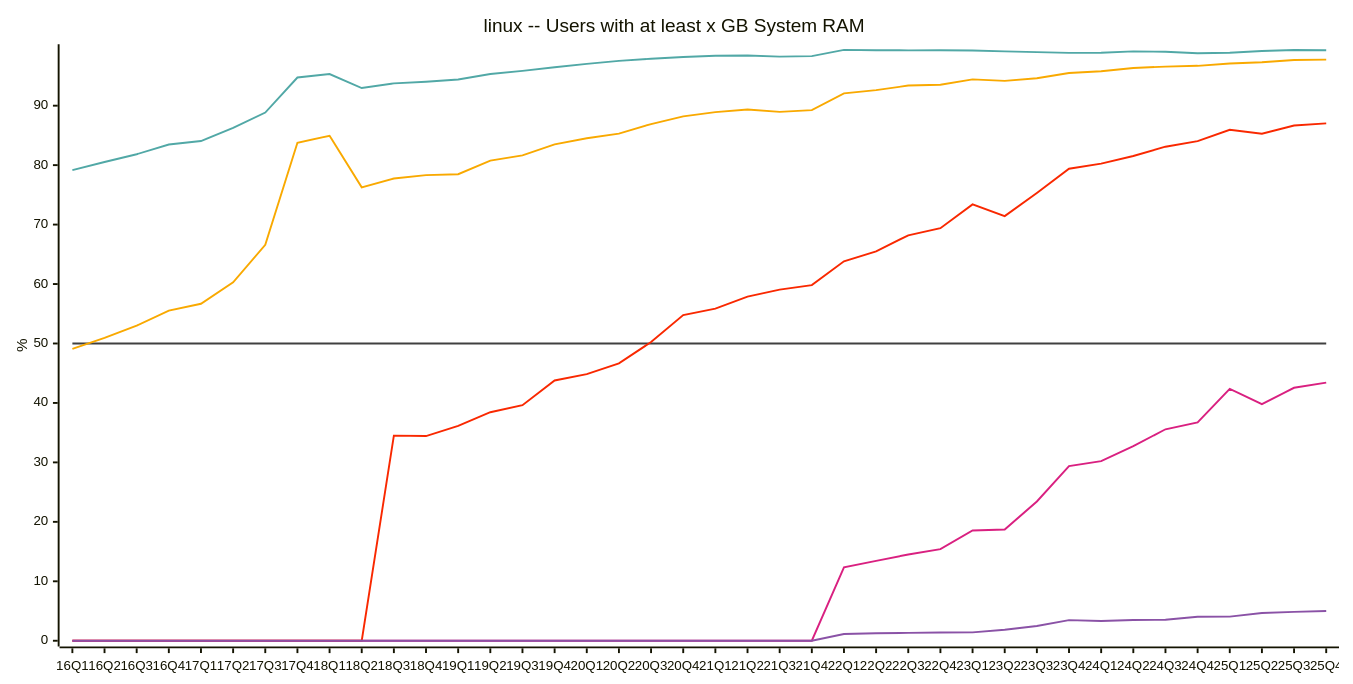
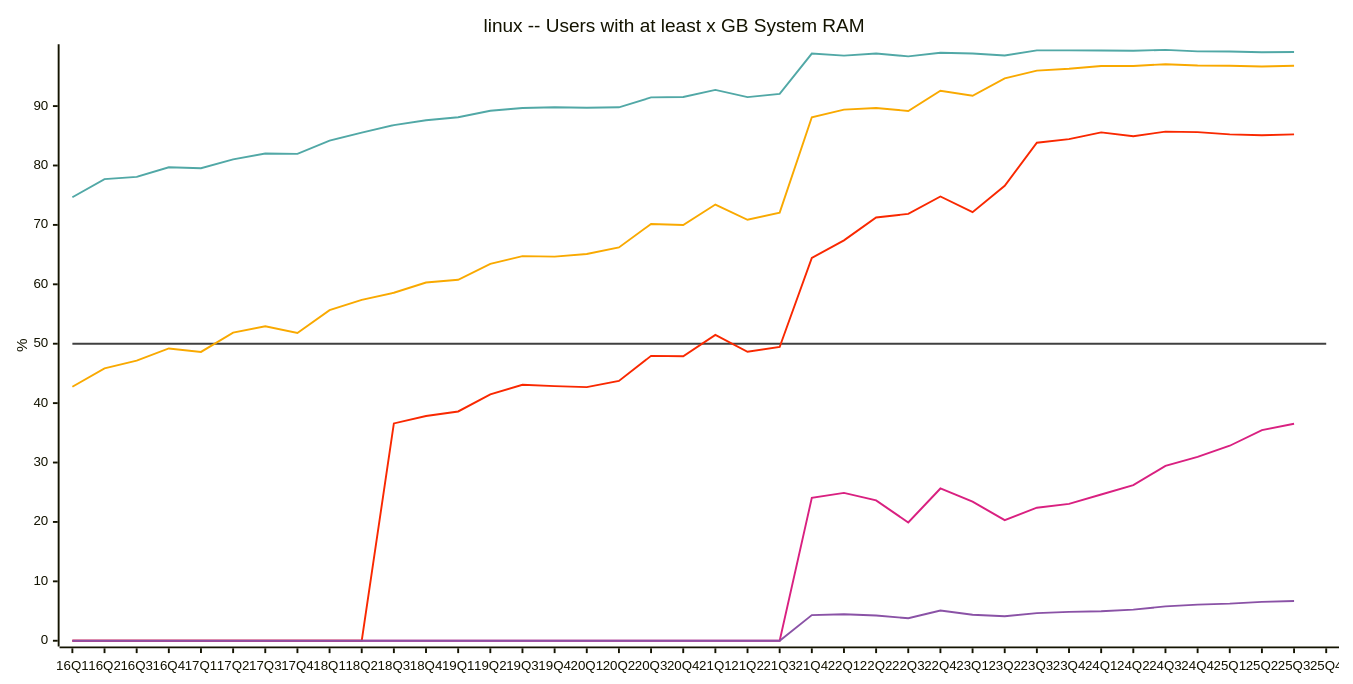
Diagram 27 of 28 in README.md (jdegene/steamHWsurvey), drawn with Mermaid before and after one commit. The commit also changed other lines of this file and 1 other file, not shown here.

````diff
--- a/README.md
+++ b/README.md
@@ -864,24 +865,24 @@
 ```mermaid
 ---
     config:
         xyChart:
             width: 1400
             height: 700
             
         themeVariables:
             xyChart:
                 plotColorPalette: "#404040,#51a8a6,#f9a900,#f92800,#d92080,#8a52a6"
 
 --- 
     
     xychart-beta
         title "linux -- Users with at least x GB System RAM"
         x-axis [16Q1, 16Q2, 16Q3, 16Q4, 17Q1, 17Q2, 17Q3, 17Q4, 18Q1, 18Q2, 18Q3, 18Q4, 19Q1, 19Q2, 19Q3, 19Q4, 20Q1, 20Q2, 20Q3, 20Q4, 21Q1, 21Q2, 21Q3, 21Q4, 22Q1, 22Q2, 22Q3, 22Q4, 23Q1, 23Q2, 23Q3, 23Q4, 24Q1, 24Q2, 24Q3, 24Q4, 25Q1, 25Q2, 25Q3, 25Q4]
     y-axis "%" 
  line [50, 50, 50, 50, 50, 50, 50, 50, 50, 50, 50, 50, 50, 50, 50, 50, 50, 50, 50, 50, 50, 50, 50, 50, 50, 50, 50, 50, 50, 50, 50, 50, 50, 50, 50, 50, 50, 50, 50, 50]
-    line [79.15666666666667, 80.52666666666667, 81.83333333333334, 83.46333333333334, 84.05, 86.25666666666666, 88.83666666666667, 94.74000000000001, 95.32333333333332, 92.97333333333334, 93.75, 94.03, 94.40666666666667, 95.33, 95.85333333333334, 96.47333333333333, 97.03666666666666, 97.53666666666666, 97.89666666666666, 98.18333333333334, 98.41000000000001, 98.45, 98.25, 98.33666666666666, 99.39, 99.33333333333333, 99.30666666666667, 99.32333333333332, 99.27, 99.14, 99.00333333333333, 98.87666666666668, 98.90333333333334, 99.13333333333333, 99.06333333333333, 98.81, 98.91, 99.20666666666666, 99.35333333333332, 99.33]
-    line [49.10333333333334, 50.95, 52.99, 55.52666666666667, 56.67666666666666, 60.29, 66.60333333333334, 83.76333333333334, 84.94999999999999, 76.26666666666667, 77.75666666666666, 78.32000000000001, 78.47, 80.76, 81.64333333333333, 83.49333333333333, 84.51333333333334, 85.29333333333332, 86.91, 88.2, 88.92000000000002, 89.35333333333334, 88.96333333333332, 89.25333333333333, 92.06666666666666, 92.61333333333333, 93.38333333333333, 93.51666666666667, 94.42666666666666, 94.17333333333335, 94.60666666666665, 95.49, 95.80000000000001, 96.33333333333333, 96.57666666666667, 96.70333333333333, 97.10000000000001, 97.31333333333333, 97.68333333333334, 97.74999999999999]
-    line [0, 0, 0, 0, 0, 0, 0, 0, 0, 0, 34.5, 34.43333333333333, 36.156666666666666, 38.43666666666667, 39.620000000000005, 43.78, 44.85333333333333, 46.65333333333333, 50.243333333333325, 54.78333333333333, 55.85, 57.89, 59.053333333333335, 59.82333333333333, 63.81666666666666, 65.49333333333334, 68.19999999999999, 69.39666666666668, 73.4, 71.42333333333333, 75.32, 79.39666666666666, 80.24999999999999, 81.53, 83.1, 84.03666666666668, 85.94, 85.27666666666667, 86.66, 87.02499999999999]
-    line [0, 0, 0, 0, 0, 0, 0, 0, 0, 0, 0, 0, 0, 0, 0, 0, 0, 0, 0, 0, 0, 0, 0, 0, 12.336666666666666, 13.426666666666668, 14.510000000000002, 15.413333333333332, 18.556666666666665, 18.700000000000003, 23.426666666666666, 29.386666666666667, 30.22333333333333, 32.72666666666667, 35.56999999999999, 36.73333333333333, 42.373333333333335, 39.796666666666674, 42.55, 43.42]
-    line [0, 0, 0, 0, 0, 0, 0, 0, 0, 0, 0, 0, 0, 0, 0, 0, 0, 0, 0, 0, 0, 0, 0, 0, 1.1266666666666667, 1.2533333333333334, 1.3166666666666667, 1.3866666666666667, 1.4066666666666667, 1.8399999999999999, 2.476666666666667, 3.47, 3.3299999999999996, 3.4799999999999995, 3.53, 4.046666666666667, 4.056666666666667, 4.673333333333333, 4.85, 5.01]
+    line [74.65, 77.71, 78.08666666666667, 79.70666666666666, 79.52999999999999, 81.03666666666668, 82.02000000000001, 81.96, 84.19333333333334, 85.52666666666667, 86.8, 87.61333333333333, 88.11333333333334, 89.21, 89.67, 89.8, 89.72, 89.79333333333334, 91.465, 91.525, 92.72500000000001, 91.50333333333333, 92.04999999999998, 98.84, 98.49, 98.85000000000001, 98.375, 98.96999999999998, 98.855, 98.51333333333334, 99.38, 99.38333333333334, 99.35333333333332, 99.31333333333333, 99.46666666666667, 99.20333333333332, 99.17666666666666, 99.07333333333334, 99.105]
+    line [42.76, 45.849999999999994, 47.14, 49.2, 48.62, 51.86000000000001, 52.93666666666667, 51.79999999999999, 55.64, 57.38666666666666, 58.57666666666667, 60.30000000000001, 60.763333333333335, 63.453333333333326, 64.74666666666667, 64.66333333333334, 65.095, 66.21333333333332, 70.16, 69.975, 73.42999999999999, 70.86, 72.07, 88.11, 89.4, 89.67333333333333, 89.17999999999999, 92.58, 91.735, 94.67333333333333, 95.97, 96.29333333333334, 96.74666666666667, 96.74333333333333, 97.05, 96.82333333333334, 96.79333333333334, 96.67333333333333, 96.79500000000002]
+    line [0, 0, 0, 0, 0, 0, 0, 0, 0, 0, 36.58, 37.830000000000005, 38.59666666666667, 41.473333333333336, 43.09, 42.85666666666667, 42.69, 43.73333333333333, 47.955000000000005, 47.9, 51.480000000000004, 48.64666666666667, 49.449999999999996, 64.44000000000001, 67.39999999999999, 71.24666666666667, 71.85999999999999, 74.79, 72.13499999999999, 76.57333333333334, 83.83, 84.44333333333333, 85.58, 84.92999999999999, 85.70333333333335, 85.61, 85.23666666666666, 85.08333333333334, 85.24499999999999]
+    line [0, 0, 0, 0, 0, 0, 0, 0, 0, 0, 0, 0, 0, 0, 0, 0, 0, 0, 0, 0, 0, 0, 0, 24.06, 24.89, 23.62, 19.905, 25.629999999999995, 23.425, 20.293333333333333, 22.39, 23.03666666666667, 24.616666666666664, 26.21, 29.446666666666665, 30.953333333333333, 32.82666666666667, 35.443333333333335, 36.53]
+    line [0, 0, 0, 0, 0, 0, 0, 0, 0, 0, 0, 0, 0, 0, 0, 0, 0, 0, 0, 0, 0, 0, 0, 4.32, 4.45, 4.24, 3.795, 5.1000000000000005, 4.37, 4.136666666666667, 4.65, 4.863333333333333, 4.96, 5.236666666666667, 5.783333333333332, 6.076666666666666, 6.246666666666667, 6.546666666666666, 6.68]
 ``` 
````
